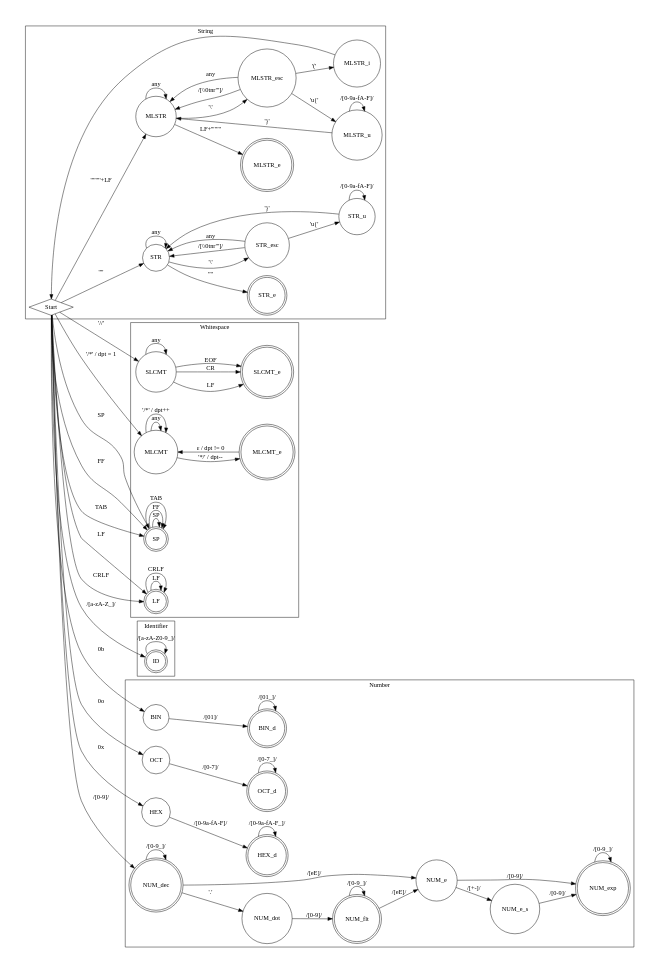
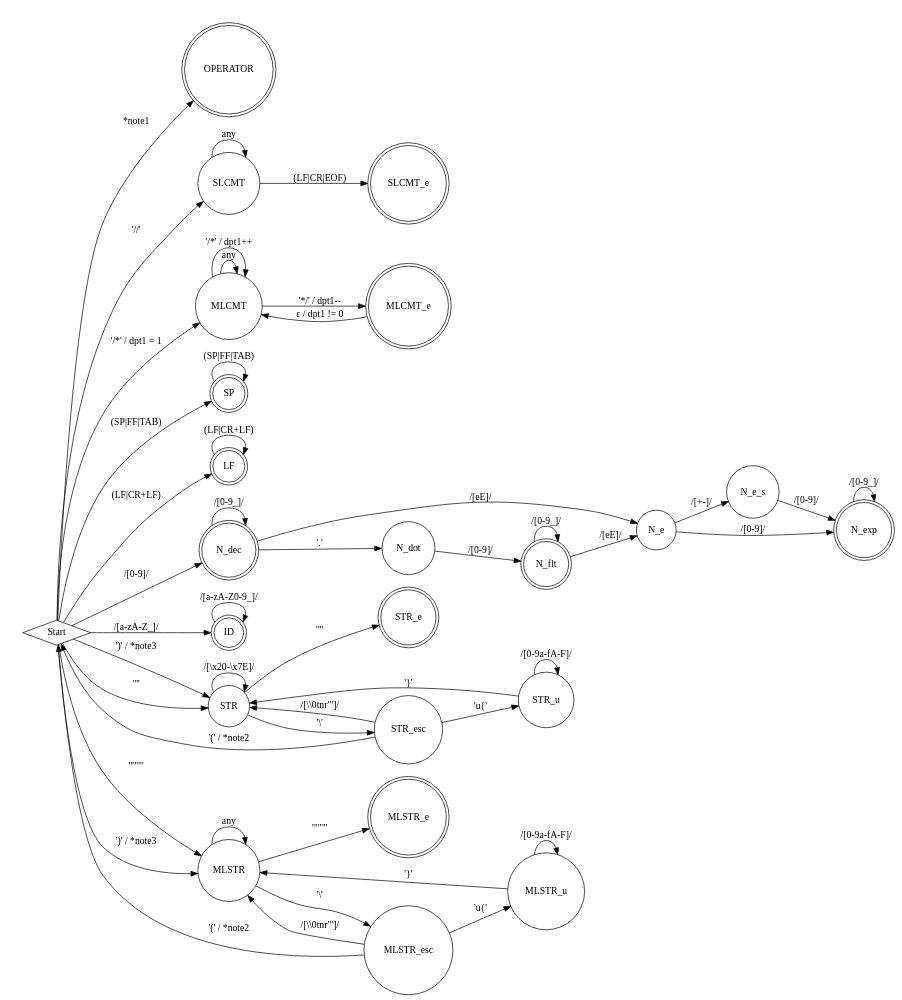
One commit to loumadev/IFJ2023 changed the diagram in docs/fsm.dot. Above: the diagram before and after it, drawn with Graphviz. The commit also changed 7 other files, not shown here.

```diff
--- a/docs/fsm.dot
+++ b/docs/fsm.dot
@@ -6,54 +6,137 @@
 	node [shape = doublecircle];
 	node [shape = circle];
 
+	// Operators
+	{
+		node [shape = circle];
+		// node [shape = doublecircle]; "RNG"; "ORNG"; "AND"; "OR"; "NULL"; "EQ"; "NEQ"; "GEQ"; "LEQ"; "ARROW"; "ASSIGN"; "GT"; "LT"; "PLUS"; "MINUS"; "STAR"; "SLASH"; "LPAREN"; "RPAREN"; "LBRACE"; "RBRACE"; "COMMA"; "COLON"; "EQUAL"; "QUEST"; "EXCLA";
+		node [shape = doublecircle]; "OPERATOR";
+
+		"Start" -> "OPERATOR" [ label = "*note1" ];
+
+		// "Start" -> "RNG" [ label = "'...'" ];
+		// "Start" -> "ORNG" [ label = "'..<'" ];
+		// "Start" -> "AND" [ label = "'&&'" ];
+		// "Start" -> "OR" [ label = "'||'" ];
+		// "Start" -> "NULL" [ label = "'??'" ];
+		// "Start" -> "EQ" [ label = "'=='" ];
+		// "Start" -> "NEQ" [ label = "'!='" ];
+		// "Start" -> "GEQ" [ label = "'>='" ];
+		// "Start" -> "LEQ" [ label = "'<='" ];
+		// "Start" -> "ARROW" [ label = "'->'" ];
+		// "Start" -> "ASSIGN" [ label = "'='" ];
+		// "Start" -> "GT" [ label = "'>'" ];
+		// "Start" -> "LT" [ label = "'<'" ];
+		// "Start" -> "PLUS" [ label = "'+'" ];
+		// "Start" -> "MINUS" [ label = "'-'" ];
+		// "Start" -> "STAR" [ label = "'*'" ];
+		// "Start" -> "SLASH" [ label = "'/'" ];
+		// "Start" -> "LPAREN" [ label = "'('" ];
+		// "Start" -> "RPAREN" [ label = "')'" ];
+		// "Start" -> "LBRACE" [ label = "'{'" ];
+		// "Start" -> "RBRACE" [ label = "'}'" ];
+		// "Start" -> "COMMA" [ label = "','" ];
+		// "Start" -> "COLON" [ label = "':'" ];
+		// "Start" -> "EQUAL" [ label = "'='" ];
+		// "Start" -> "QUEST" [ label = "'?'" ];
+		// "Start" -> "EXCLA" [ label = "'!'" ];
+	}
+
 	// Whitespace
 	{
 		node [shape = circle]; "SLCMT"; "MLCMT";
 		node [shape = doublecircle]; "SP"; "LF"; "SLCMT_e"; "MLCMT_e";
 
 		// Space-like white space
-		"Start" -> "SP" [ label = "SP" ];
-		"Start" -> "SP" [ label = "FF" ];
-		"Start" -> "SP" [ label = "TAB" ];
+		"Start" -> "SP" [ label = "(SP|FF|TAB)" ];
+		// "Start" -> "SP" [ label = "SP" ];
+		// "Start" -> "SP" [ label = "FF" ];
+		// "Start" -> "SP" [ label = "TAB" ];
 
 		// Line-break white space
-		"Start" -> "LF" [ label = "LF" ];
-		"Start" -> "LF" [ label = "CRLF" ];
+		"Start" -> "LF" [ label = "(LF|CR+LF)" ];
+		// "Start" -> "LF" [ label = "LF" ];
+		// "Start" -> "LF" [ label = "CRLF" ];
 
 		// Single-line comment white space
 		"Start" -> "SLCMT" [ label = "'//'" ];
 
 		// Multi-line comment white space
-		"Start" -> "MLCMT" [ label = "'/*' / dpt = 1" ];
+		"Start" -> "MLCMT" [ label = "'/*' / dpt1 = 1" ];
 
-		subgraph cluster_whitespace {
+		//subgraph cluster_whitespace {
 			// style=filled;
 			// color=lightgrey;
 			// node [style=filled,color=white];
 			label = "Whitespace";
 
 			// Space-like white space
-			"SP" -> "SP" [ label = "SP" ];
-			"SP" -> "SP" [ label = "FF" ];
-			"SP" -> "SP" [ label = "TAB" ];
+			"SP" -> "SP" [ label = "(SP|FF|TAB)" ];
+			// "SP" -> "SP" [ label = "SP" ];
+			// "SP" -> "SP" [ label = "FF" ];
+			// "SP" -> "SP" [ label = "TAB" ];
 
 			// Line-break white space
-			"LF" -> "LF" [ label = "LF" ];
-			"LF" -> "LF" [ label = "CRLF" ];
+			"LF" -> "LF" [ label = "(LF|CR+LF)" ];
+			// "LF" -> "LF" [ label = "LF" ];
+			// "LF" -> "LF" [ label = "CRLF" ];
 
 			// Single-line comment white space
 			"SLCMT" -> "SLCMT" [ label = "any" ];
-			"SLCMT" -> "SLCMT_e" [ label = "LF" ];
-			"SLCMT" -> "SLCMT_e" [ label = "CR" ];
-			"SLCMT" -> "SLCMT_e" [ label = "EOF" ];
+			"SLCMT" -> "SLCMT_e" [ label = "(LF|CR|EOF)" ];
+			// "SLCMT" -> "SLCMT_e" [ label = "LF" ];
+			// "SLCMT" -> "SLCMT_e" [ label = "CR" ];
+			// "SLCMT" -> "SLCMT_e" [ label = "EOF" ];
 
 			// Multi-line comment white space
 			"MLCMT" -> "MLCMT" [ label = "any" ];
-			"MLCMT" -> "MLCMT" [ label = "'/*' / dpt++" ];
-			// "MLCMT" -> "MLCMT" [ label = "'*/' / dpt--" ];
-			"MLCMT" -> "MLCMT_e" [ label = "'*/' / dpt--" ];
-			"MLCMT_e" -> "MLCMT" [ label = "ε / dpt != 0" ];
-		}
+			"MLCMT" -> "MLCMT" [ label = "'/*' / dpt1++" ];
+			// "MLCMT" -> "MLCMT" [ label = "'*/' / dpt1--" ];
+			"MLCMT" -> "MLCMT_e" [ label = "'*/' / dpt1--" ];
+			"MLCMT_e" -> "MLCMT" [ label = "ε / dpt1 != 0" ];
+		//}
+	}
+
+	// Numbers
+	{
+		node [shape = circle]; "N_dot"; "N_e"; "N_e_s";
+		// node [shape = circle]; "BIN"; "OCT"; "HEX";
+		node [shape = doublecircle]; "N_dec";
+
+		"Start" -> "N_dec" [ label = "/[0-9]/" ];
+		// "Start" -> "BIN" [ label = "0b" ];
+		// "Start" -> "OCT" [ label = "0o" ];
+		// "Start" -> "HEX" [ label = "0x" ];
+
+		//subgraph cluster_number {
+			// style=filled;
+			// color=lightgrey;
+			// node [style=filled,color=white];
+			label = "Number";
+
+			// Base 10
+			"N_dec" -> "N_dec" [ label = "/[0-9_]/" ];
+			"N_dec" -> "N_dot" [ label = "'.'" ];
+			"N_dot" -> "N_flt" [ label = "/[0-9]/" ];
+			"N_flt" -> "N_flt" [ label = "/[0-9_]/" ];
+			"N_flt" -> "N_e" [ label = "/[eE]/" ];
+			"N_dec" -> "N_e" [ label = "/[eE]/" ];
+			"N_e" -> "N_e_s" [ label = "/[+-]/" ];
+			"N_e_s" -> "N_exp" [ label = "/[0-9]/" ];
+			"N_e" -> "N_exp" [ label = "/[0-9]/" ];
+			"N_exp" -> "N_exp" [ label = "/[0-9_]/" ];
+
+
+			// Other bases
+			// "BIN" -> "BIN_d" [ label = "/[01]/" ];
+			// "BIN_d" -> "BIN_d" [ label = "/[01_]/" ];
+
+			// "OCT" -> "OCT_d" [ label = "/[0-7]/" ];
+			// "OCT_d" -> "OCT_d" [ label = "/[0-7_]/" ];
+
+			// "HEX" -> "HEX_d" [ label = "/[0-9a-fA-F]/" ];
+			// "HEX_d" -> "HEX_d" [ label = "/[0-9a-fA-F_]/" ];
+		//}
 	}
 
 	//Identifiers
@@ -63,74 +146,32 @@
 
 		"Start" -> "ID" [ label = "/[a-zA-Z_]/" ];
 
-		subgraph cluster_identifier {
+		//subgraph cluster_identifier {
 			// style=filled;
 			// color=lightgrey;
 			// node [style=filled,color=white];
 			label = "Identifier";
 
 			"ID" -> "ID" [ label = "/[a-zA-Z0-9_]/" ];
-		}
-	}
-
-	// Numbers
-	{
-		node [shape = circle]; "NUM_dot"; "NUM_e"; "NUM_e_s";
-		node [shape = circle]; "BIN"; "OCT"; "HEX";
-		node [shape = doublecircle]; "NUM_dec";
-
-		"Start" -> "NUM_dec" [ label = "/[0-9]/" ];
-		"Start" -> "BIN" [ label = "0b" ];
-		"Start" -> "OCT" [ label = "0o" ];
-		"Start" -> "HEX" [ label = "0x" ];
-
-		subgraph cluster_number {
-			// style=filled;
-			// color=lightgrey;
-			// node [style=filled,color=white];
-			label = "Number";
-
-			// Base 10
-			"NUM_dec" -> "NUM_dec" [ label = "/[0-9_]/" ];
-			"NUM_dec" -> "NUM_dot" [ label = "'.'" ];
-			"NUM_dot" -> "NUM_flt" [ label = "/[0-9]/" ];
-			"NUM_flt" -> "NUM_flt" [ label = "/[0-9_]/" ];
-			"NUM_flt" -> "NUM_e" [ label = "/[eE]/" ];
-			"NUM_dec" -> "NUM_e" [ label = "/[eE]/" ];
-			"NUM_e" -> "NUM_e_s" [ label = "/[+-]/" ];
-			"NUM_e_s" -> "NUM_exp" [ label = "/[0-9]/" ];
-			"NUM_e" -> "NUM_exp" [ label = "/[0-9]/" ];
-			"NUM_exp" -> "NUM_exp" [ label = "/[0-9_]/" ];
-
-
-			// Other bases
-			"BIN" -> "BIN_d" [ label = "/[01]/" ];
-			"BIN_d" -> "BIN_d" [ label = "/[01_]/" ];
-
-			"OCT" -> "OCT_d" [ label = "/[0-7]/" ];
-			"OCT_d" -> "OCT_d" [ label = "/[0-7_]/" ];
-
-			"HEX" -> "HEX_d" [ label = "/[0-9a-fA-F]/" ];
-			"HEX_d" -> "HEX_d" [ label = "/[0-9a-fA-F_]/" ];
-		}
+		//}
 	}
 
 	// Strings
 	{
-		node [shape = circle]; "STR"; "MLSTR"; "STR_esc"; "STR_u"; "MLSTR_esc"; "MLSTR_u"; "MLSTR_i";
+		node [shape = circle]; "STR"; "MLSTR"; "STR_esc"; "STR_u"; "MLSTR_esc"; "MLSTR_u"; /*"MLSTR_i";*/
 		node [shape = doublecircle]; "STR_e"; "MLSTR_e";
 
 		"Start" -> "STR" [ label = "'\"'" ];
-		"Start" -> "MLSTR" [ label = "'\"\"\"'+LF" ];
+		"Start" -> "MLSTR" [ label = "'\"\"\"'" ];
 
-		subgraph cluster_string {
+		//subgraph cluster_string {
 			// style=filled;
 			// color=lightgrey;
 			// node [style=filled,color=white];
 			label = "String";
 
 			// Single-line string
-			"STR" -> "STR" [ label = "any" ];
+			"STR" -> "STR" [ label = "/[\\x20-\\x7E]/" ];
 
 			"STR" -> "STR_esc" [ label = "'\\'" ];
 			// "STR_esc" -> "STR" [ label = "'0'" ];
@@ -141,11 +182,16 @@
 			// "STR_esc" -> "STR" [ label = "'\"'" ];
 			// "STR_esc" -> "STR" [ label = "\"'\"" ];
 			"STR_esc" -> "STR" [ label = "/[\\\\0tnr\"']/" ];
-			"STR_esc" -> "STR" [ label = "any" ];
+			// "STR_esc" -> "STR" [ label = "any" ];
 			"STR_esc" -> "STR_u" [ label = "'u{'" ];
+			// "STR_esc" -> "STR_i" [ label = "'('" ];
 
 			"STR_u" -> "STR_u" [ label = "/[0-9a-fA-F]/" ];
 			"STR_u" -> "STR" [ label = "'}'" ];
+
+			// "STR_i" -> "Start" [ label = "ε / *note2" ];
+			"STR_esc" -> "Start" [ label = "'(' / *note2" ];
+			"Start" -> "STR" [ label = "')' / *note3" ];
 
 			"STR" -> "STR_e" [ label = "'\"'" ];
 
@@ -155,16 +201,18 @@
 			
 			"MLSTR" -> "MLSTR_esc" [ label = "'\\'" ];
 			"MLSTR_esc" -> "MLSTR" [ label = "/[\\\\0tnr\"']/" ];
-			"MLSTR_esc" -> "MLSTR" [ label = "any" ];
+			//"MLSTR_esc" -> "MLSTR" [ label = "any" ];
 			"MLSTR_esc" -> "MLSTR_u" [ label = "'u{'" ];
-			"MLSTR_esc" -> "MLSTR_i" [ label = "'('" ];
+			// "MLSTR_esc" -> "MLSTR_i" [ label = "'('" ];
 
 			"MLSTR_u" -> "MLSTR_u" [ label = "/[0-9a-fA-F]/" ];
 			"MLSTR_u" -> "MLSTR" [ label = "'}'" ];
 
-			"MLSTR_i" -> "Start";
+			// "MLSTR_i" -> "Start" [ label = "ε / *note2" ];
+			"MLSTR_esc" -> "Start" [ label = "'(' / *note2" ];
+			"Start" -> "MLSTR" [ label = "')' / *note3" ];
 
-			"MLSTR" -> "MLSTR_e" [ label = "LF+'\"\"\"'" ];
-		}
+			"MLSTR" -> "MLSTR_e" [ label = "'\"\"\"'" ];
+		//}
 	}
 }
```
